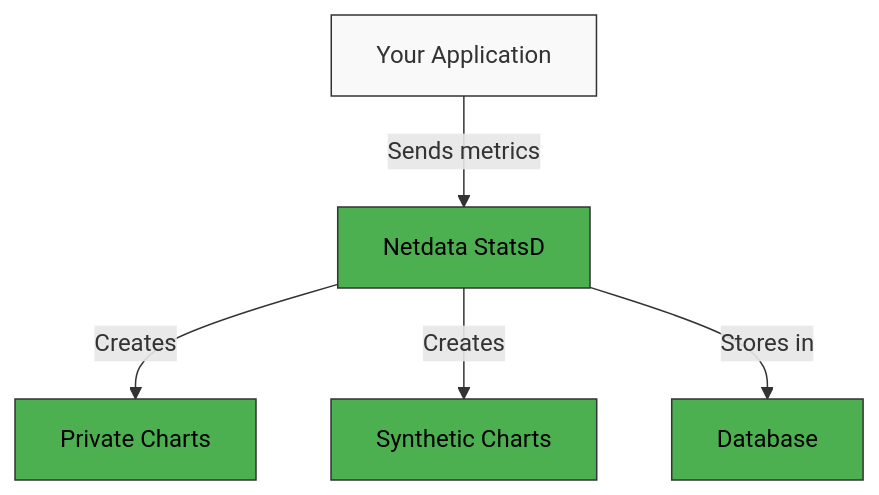
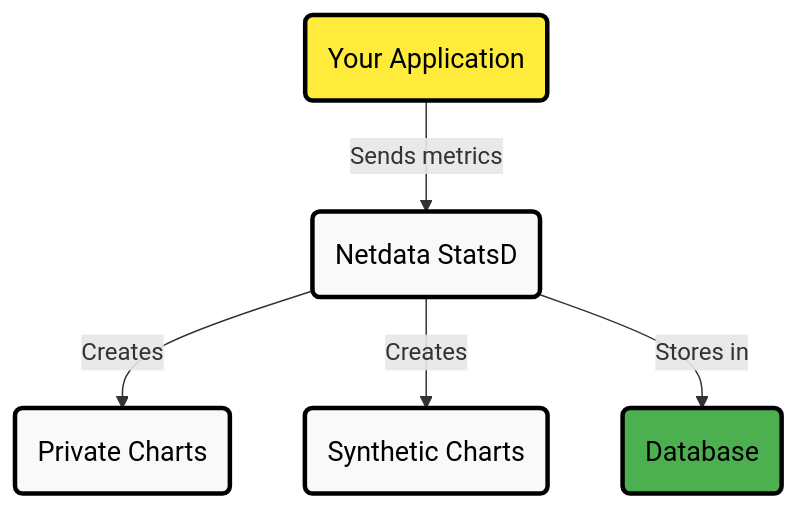
The first of 4 diagrams in src/collectors/statsd.plugin/README.md (netdata/netdata), drawn with Mermaid before and after one commit. The commit also changed other lines of this file and 21 other files, not shown here.

Commit message:
Fix Mermaid diagrams across multiple files

````diff
--- a/src/collectors/statsd.plugin/README.md
+++ b/src/collectors/statsd.plugin/README.md
@@ -41,13 +41,18 @@
 ```mermaid
-graph TD
-    A[Your Application] -->|Sends metrics| B[Netdata StatsD]
-    B -->|Creates| C[Private Charts]
-    B -->|Creates| D[Synthetic Charts]
-    B -->|Stores in| E[Database]
+flowchart TD
+    A("Your Application") -->|"Sends metrics"| B("Netdata StatsD")
+    B -->|"Creates"| C("Private Charts")
+    B -->|"Creates"| D("Synthetic Charts")
+    B -->|"Stores in"| E("Database")
     
-    style A fill:#f9f9f9,stroke:#333,stroke-width:1px
-    style B fill:#4caf50,stroke:#333,stroke-width:1px,color:black
-    style C fill:#4caf50,stroke:#333,stroke-width:1px,color:black
-    style D fill:#4caf50,stroke:#333,stroke-width:1px,color:black
-    style E fill:#4caf50,stroke:#333,stroke-width:1px,color:black
+    %% Style definitions
+    classDef alert fill:#ffeb3b,stroke:#000000,stroke-width:3px,color:#000000,font-size:18px
+    classDef neutral fill:#f9f9f9,stroke:#000000,stroke-width:3px,color:#000000,font-size:18px
+    classDef complete fill:#4caf50,stroke:#000000,stroke-width:3px,color:#000000,font-size:18px
+    classDef database fill:#2196F3,stroke:#000000,stroke-width:3px,color:#000000,font-size:18px
+
+    %% Apply styles
+    class A alert
+    class B,C,D neutral
+    class E complete
 ```
````
